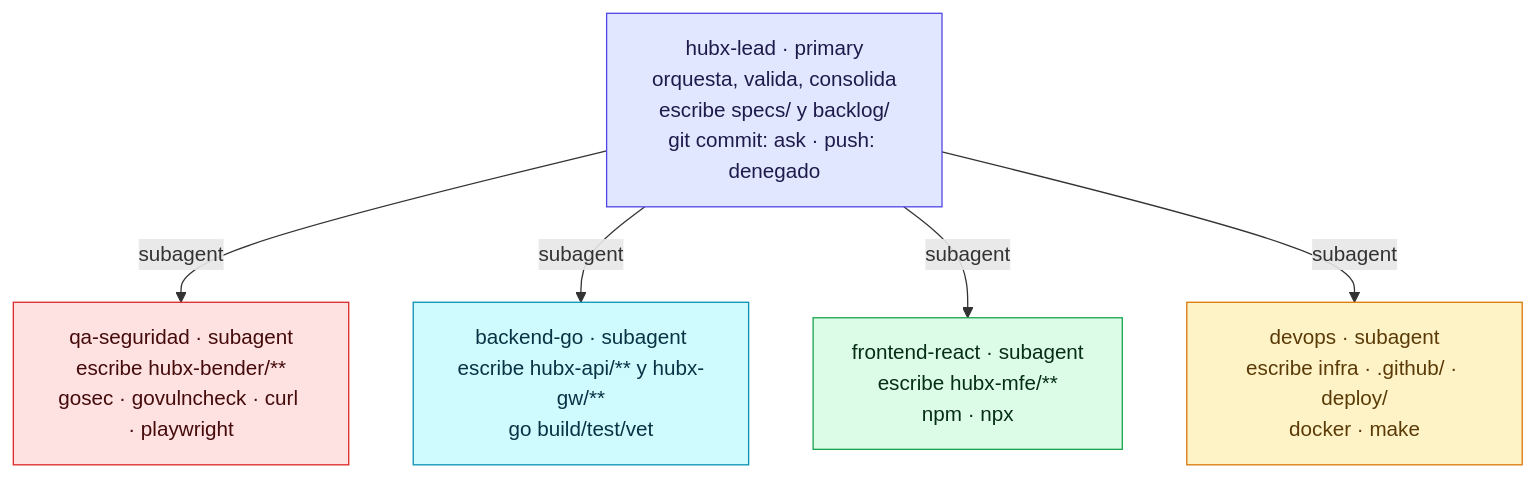
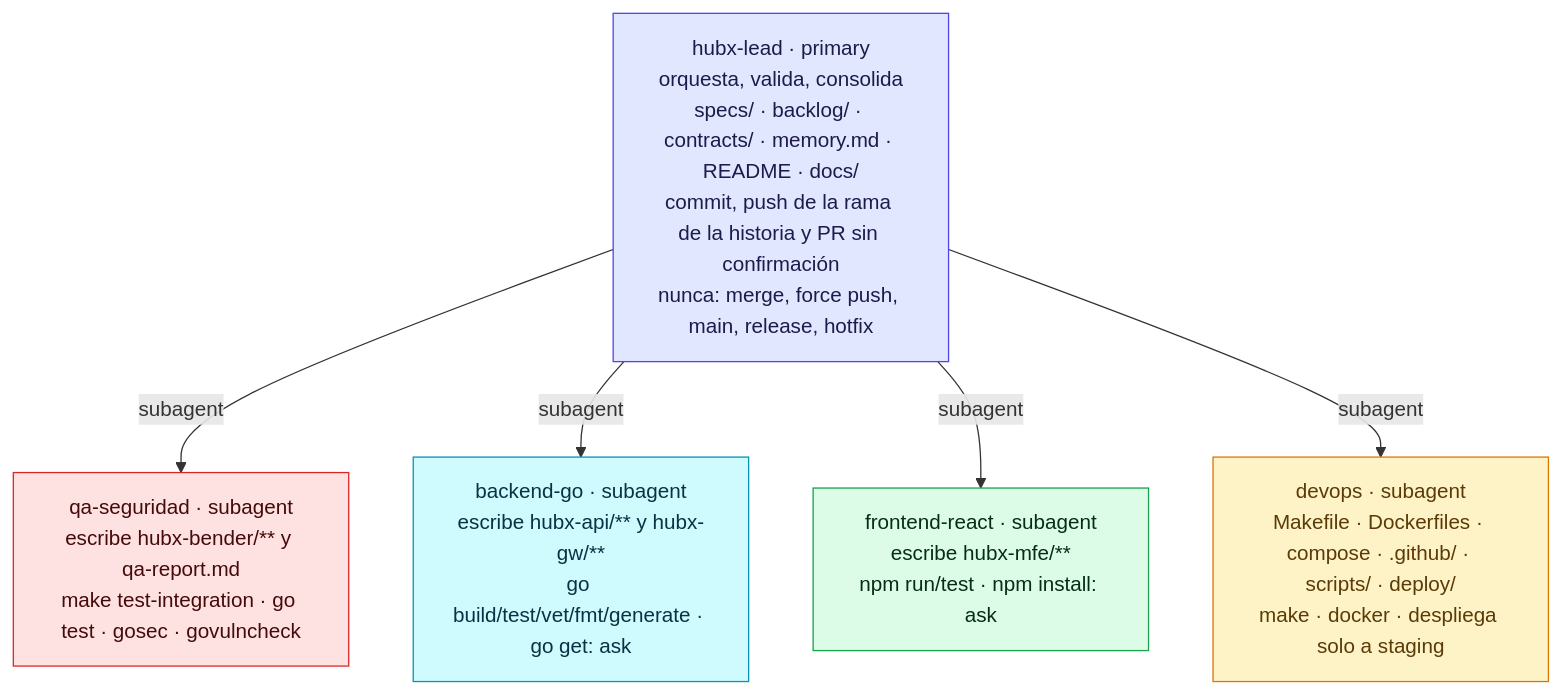
The first of 5 diagrams in docs/diagramas/05-flujos-agenticos.md (JairoHGomezCastillo/hubx), drawn with Mermaid before and after one commit. The commit also changed other lines of this file and 6 other files, not shown here.

Commit message:
[agent:hubx-lead] 011 update docs/diagramas to the current state

````diff
--- a/docs/diagramas/05-flujos-agenticos.md
+++ b/docs/diagramas/05-flujos-agenticos.md
@@ -12,25 +14,25 @@
 ```mermaid
 flowchart TB
-    LEAD["hubx-lead · primary<br/>orquesta, valida, consolida<br/>escribe specs/ y backlog/<br/>git commit: ask · push: denegado"]
+    LEAD["hubx-lead · primary<br/>orquesta, valida, consolida<br/>specs/ · backlog/ · contracts/ · memory.md · README · docs/<br/>commit, push de la rama de la historia y PR sin confirmación<br/>nunca: merge, force push, main, release, hotfix"]
 
-    QA["qa-seguridad · subagent<br/>escribe hubx-bender/**<br/>gosec · govulncheck · curl · playwright"]
-    BE["backend-go · subagent<br/>escribe hubx-api/** y hubx-gw/**<br/>go build/test/vet"]
-    FE["frontend-react · subagent<br/>escribe hubx-mfe/**<br/>npm · npx"]
-    DO["devops · subagent<br/>escribe infra · .github/ · deploy/<br/>docker · make"]
+    QA["qa-seguridad · subagent<br/>escribe hubx-bender/** y qa-report.md<br/>make test-integration · go test · gosec · govulncheck"]
+    BE["backend-go · subagent<br/>escribe hubx-api/** y hubx-gw/**<br/>go build/test/vet/fmt/generate · go get: ask"]
+    FE["frontend-react · subagent<br/>escribe hubx-mfe/**<br/>npm run/test · npm install: ask"]
+    DO["devops · subagent<br/>Makefile · Dockerfiles · compose · .github/ · scripts/ · deploy/<br/>make · docker · despliega solo a staging"]
 
     LEAD -->|"subagent"| QA
     LEAD -->|"subagent"| BE
     LEAD -->|"subagent"| FE
     LEAD -->|"subagent"| DO
 
     classDef lead fill:#e0e7ff,stroke:#4f46e5,color:#1e1b4b;
     classDef qa fill:#fee2e2,stroke:#dc2626,color:#450a0a;
     classDef be fill:#cffafe,stroke:#0891b2,color:#083344;
     classDef fe fill:#dcfce7,stroke:#16a34a,color:#052e16;
     classDef do fill:#fef3c7,stroke:#d97706,color:#5a3a06;
     class LEAD lead;
     class QA qa;
     class BE be;
     class FE fe;
     class DO do;
 ```
````
